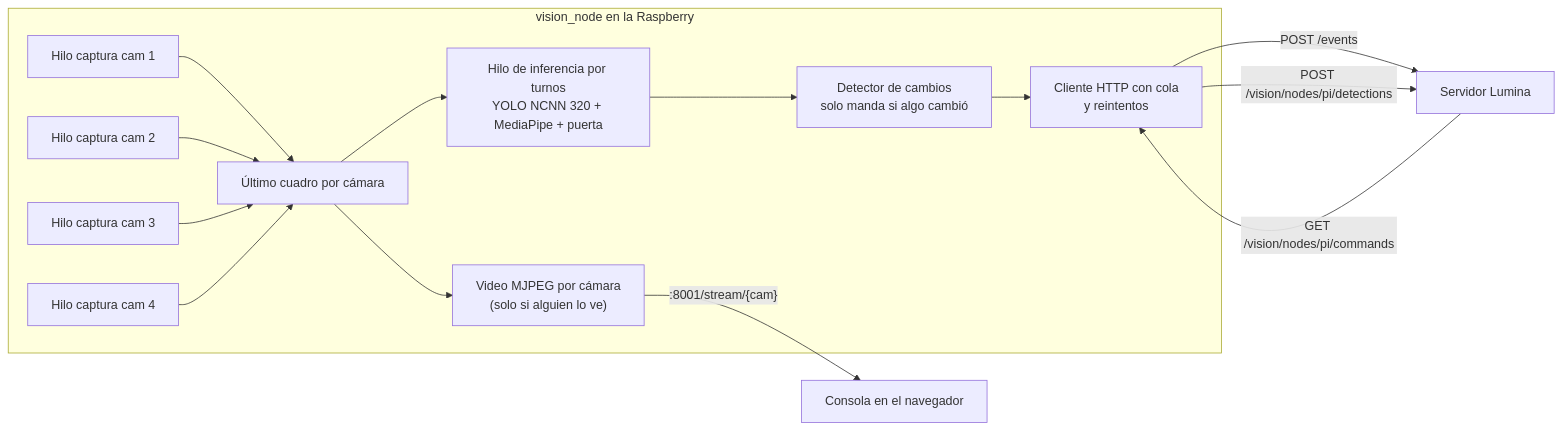
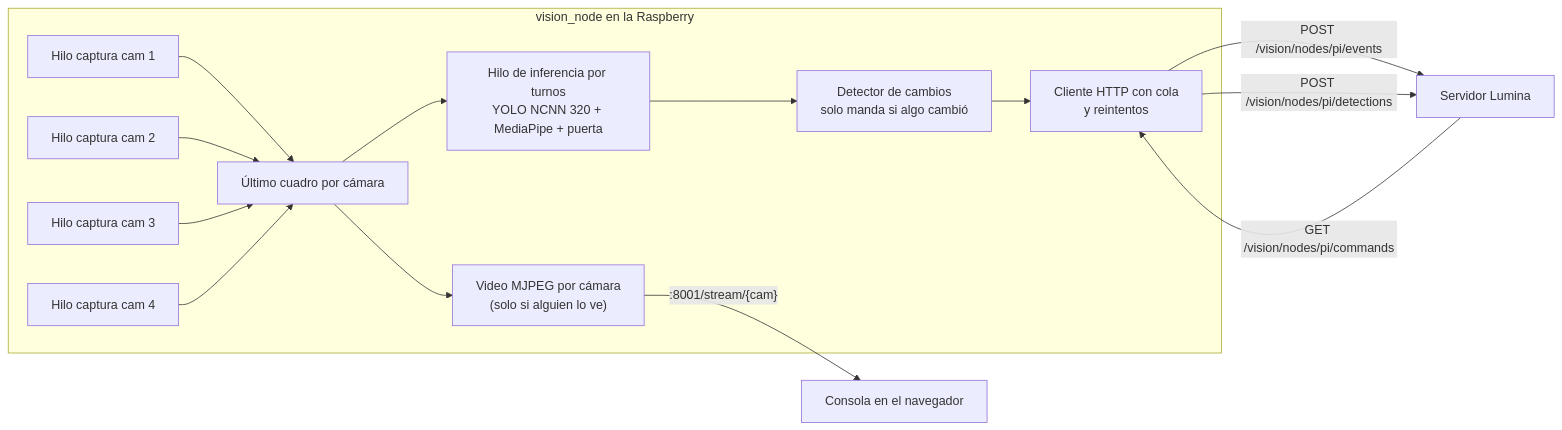
One commit to MarioMendez-123/hackaton changed the third of 6 diagrams in PLAN_MAESTRO.md. Above: the diagram before and after it, drawn with Mermaid. The commit also changed other lines of this file and 18 other files, not shown here.

````diff
--- a/PLAN_MAESTRO.md
+++ b/PLAN_MAESTRO.md
@@ -278,17 +287,17 @@
 ```mermaid
 flowchart LR
   subgraph NODE["vision_node en la Raspberry"]
     C1["Hilo captura cam 1"] --> BUF["Último cuadro por cámara"]
     C2["Hilo captura cam 2"] --> BUF
     C3["Hilo captura cam 3"] --> BUF
     C4["Hilo captura cam 4"] --> BUF
     BUF --> INF["Hilo de inferencia por turnos<br/>YOLO NCNN 320 + MediaPipe + puerta"]
     INF --> CH["Detector de cambios<br/>solo manda si algo cambió"]
     CH --> OUT["Cliente HTTP con cola<br/>y reintentos"]
     BUF --> MJ["Video MJPEG por cámara<br/>(solo si alguien lo ve)"]
   end
-  OUT -->|"POST /events"| SRV["Servidor Lumina"]
+  OUT -->|"POST /vision/nodes/pi/events"| SRV["Servidor Lumina"]
   OUT -->|"POST /vision/nodes/pi/detections"| SRV
   SRV -->|"GET /vision/nodes/pi/commands"| OUT
   MJ -->|":8001/stream/{cam}"| BROW["Consola en el navegador"]
 ```
````
